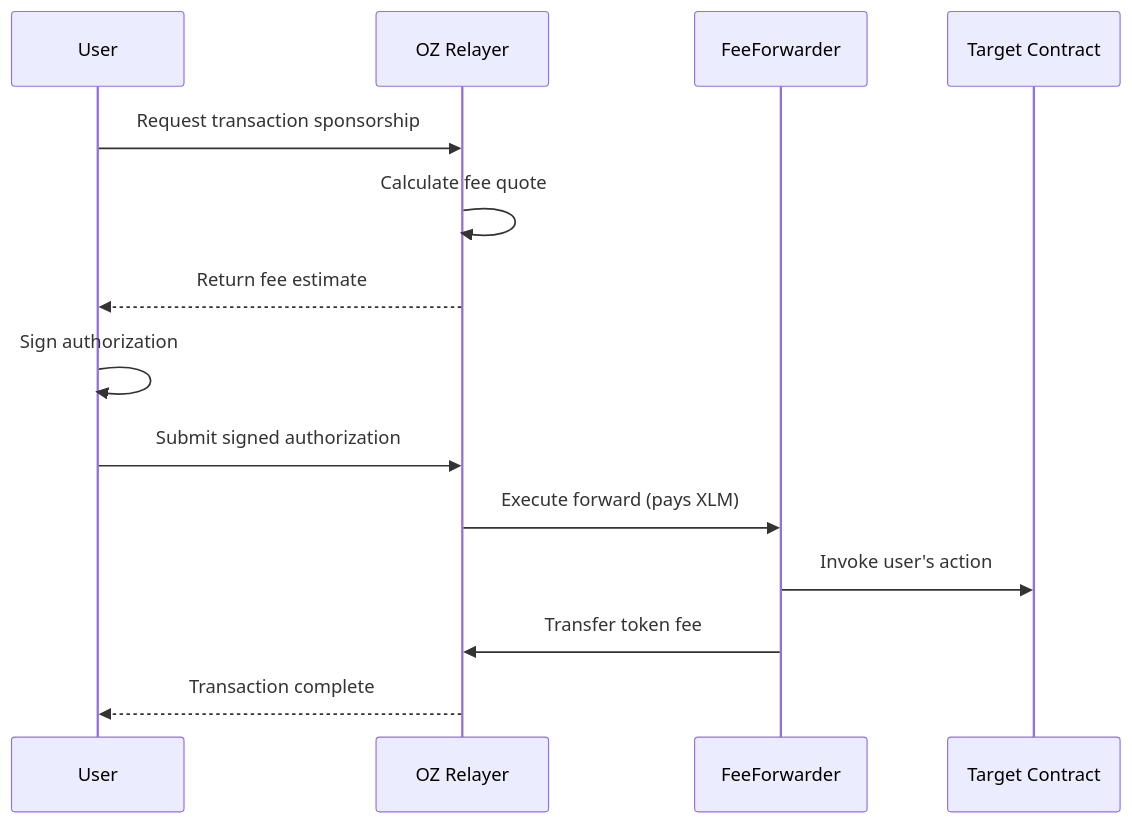
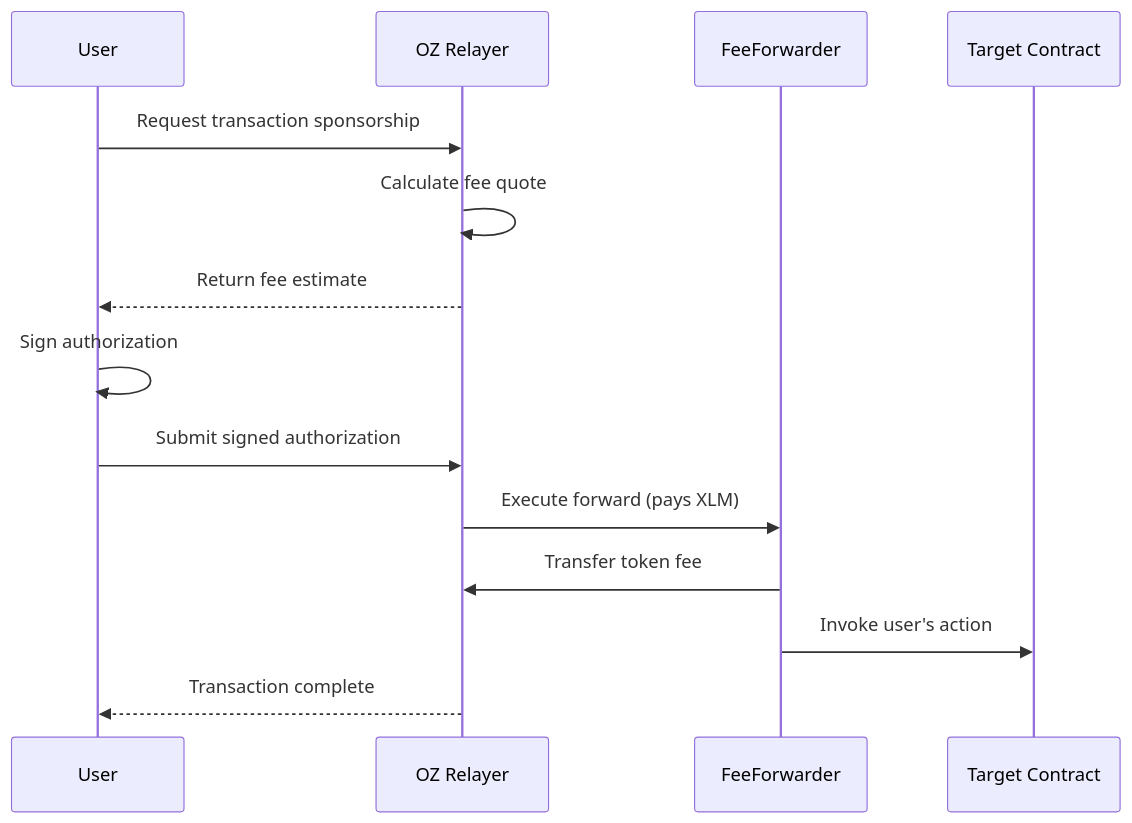
Before and after one commit to OpenZeppelin/docs: the second of 2 diagrams in content/stellar-contracts/fee-abstraction.mdx, drawn with Mermaid. The commit also changed other lines of this file and 20 other files, not shown here.

````diff
--- a/content/stellar-contracts/fee-abstraction.mdx
+++ b/content/stellar-contracts/fee-abstraction.mdx
@@ -213,17 +243,17 @@
 ```mermaid
 sequenceDiagram
     participant User
     participant OZ Relayer
     participant Forwarder as FeeForwarder
     participant Target as Target Contract
 
     User->>OZ Relayer: Request transaction sponsorship
     OZ Relayer->>OZ Relayer: Calculate fee quote
     OZ Relayer-->>User: Return fee estimate
     User->>User: Sign authorization
     User->>OZ Relayer: Submit signed authorization
     OZ Relayer->>Forwarder: Execute forward (pays XLM)
+    Forwarder->>OZ Relayer: Transfer token fee
     Forwarder->>Target: Invoke user's action
-    Forwarder->>OZ Relayer: Transfer token fee
     OZ Relayer-->>User: Transaction complete
 ```
````
